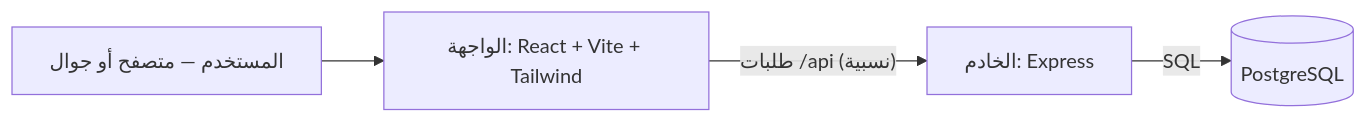
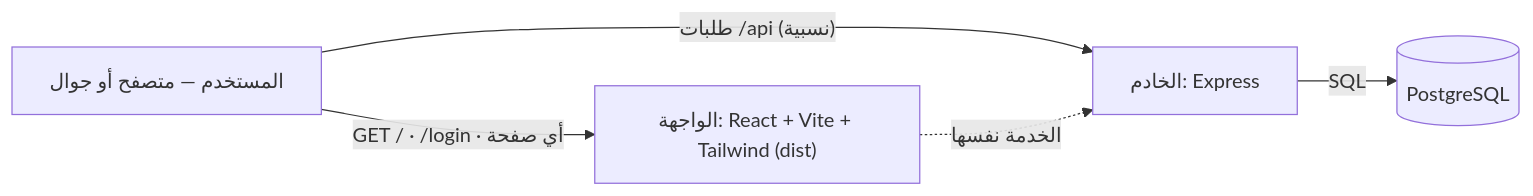
One commit to salahamer801-ops/pump-management-app changed the diagram in README.md. Above: the diagram before and after it, drawn with Mermaid. The commit also changed other lines of this file and 8 other files, not shown here.

````diff
--- a/README.md
+++ b/README.md
@@ -11,6 +11,7 @@
 ```mermaid
 flowchart LR
-  U["المستخدم — متصفح أو جوال"] --> W["الواجهة: React + Vite + Tailwind"]
-  W -->|"طلبات /api (نسبية)"| A["الخادم: Express"]
+  U["المستخدم — متصفح أو جوال"] -->|"GET / · /login · أي صفحة"| W["الواجهة: React + Vite + Tailwind (dist)"]
+  U -->|"طلبات /api (نسبية)"| A["الخادم: Express"]
+  W -.->|"الخدمة نفسها"| A
   A -->|"SQL"| P[("PostgreSQL")]
 ```
````
